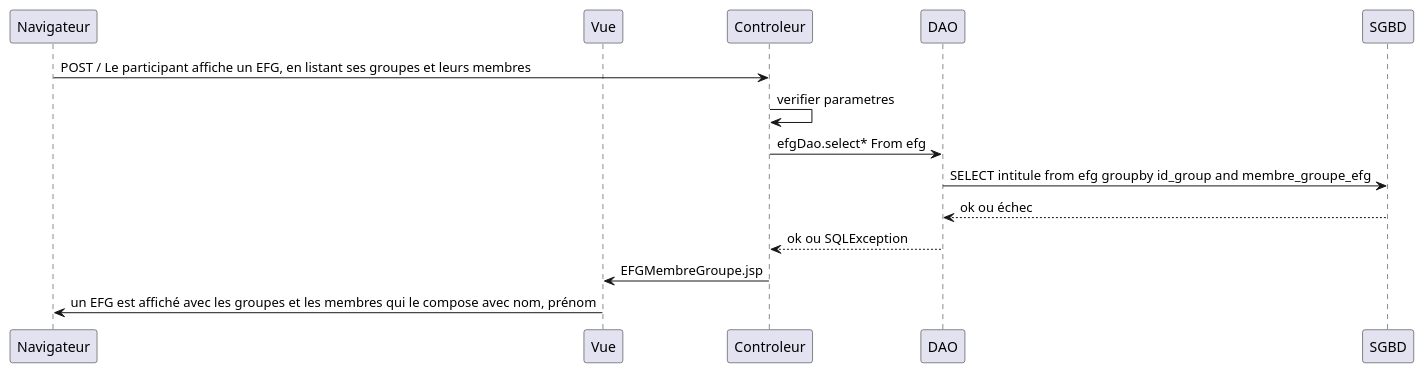
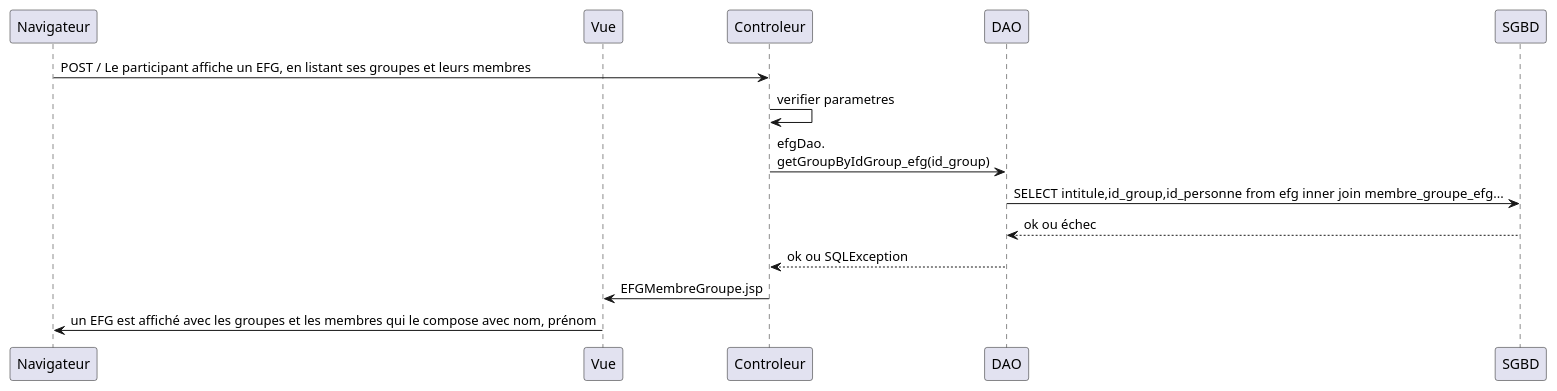
The diagram in src/main/uml/lister_les_efg_grp_mbr.puml (michel-plasse/SIOMassy2022), drawn with PlantUML before and after one commit.

Commit message:
Afficher les EFG avec les groupes et leurs membres

```diff
--- a/src/main/uml/lister_les_efg_grp_mbr.puml
+++ b/src/main/uml/lister_les_efg_grp_mbr.puml
@@ -1,15 +1,15 @@
 @startuml
 participant Navigateur
 participant Vue
 
 Navigateur -> Controleur: POST / Le participant affiche un EFG, en listant ses groupes et leurs membres
 Controleur -> Controleur: verifier parametres
-Controleur -> DAO: efgDao.select* From efg
-DAO -> SGBD: SELECT intitule from  efg groupby id_group and membre_groupe_efg
+Controleur -> DAO: efgDao.\ngetGroupByIdGroup_efg(id_group)
+DAO -> SGBD: SELECT intitule,id_group,id_personne from  efg inner join membre_groupe_efg...
 SGBD --> DAO: ok ou échec
 DAO --> Controleur: ok ou SQLException
 
 Controleur -> Vue: EFGMembreGroupe.jsp
 Vue -> Navigateur: un EFG est affiché avec les groupes et les membres qui le compose avec nom, prénom
 
 @enduml
```
